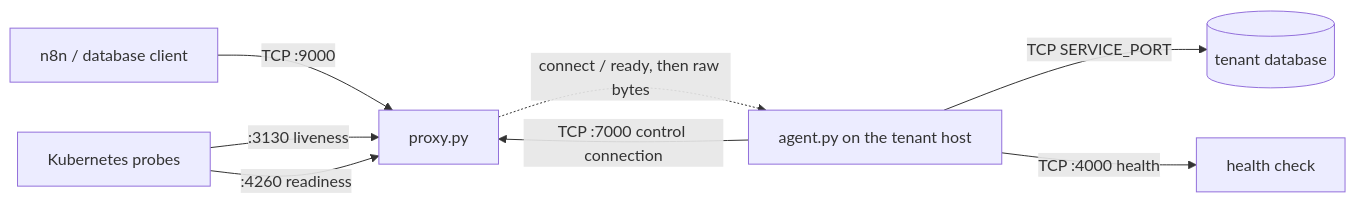
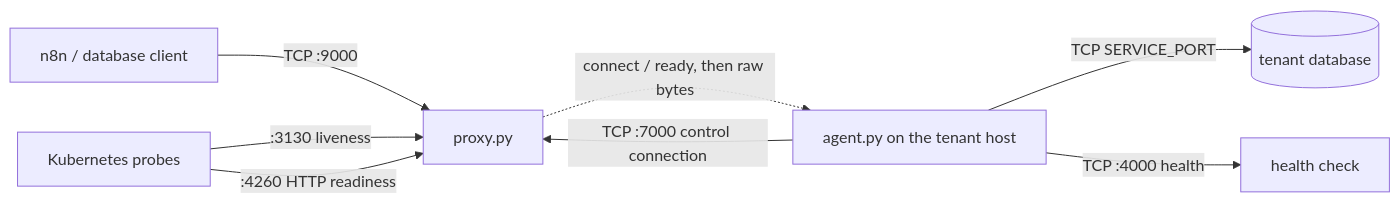
The first of 2 diagrams in docs/architecture.md (setwin-bs/DBridge), drawn with Mermaid before and after one commit. The commit also changed other lines of this file and 24 other files, not shown here.

````diff
--- a/docs/architecture.md
+++ b/docs/architecture.md
@@ -35,10 +36,10 @@
 ```mermaid
 flowchart LR
     C["n8n / database client"] -->|"TCP :9000"| P["proxy.py"]
     A["agent.py on the tenant host"] -->|"TCP :7000 control connection"| P
     P -.->|"connect / ready, then raw bytes"| A
     A -->|"TCP SERVICE_PORT"| S[("tenant database")]
     A -->|"TCP :4000 health"| H["health check"]
     K["Kubernetes probes"] -->|":3130 liveness"| P
-    K -->|":4260 readiness"| P
+    K -->|":4260 HTTP readiness"| P
 ```
````
